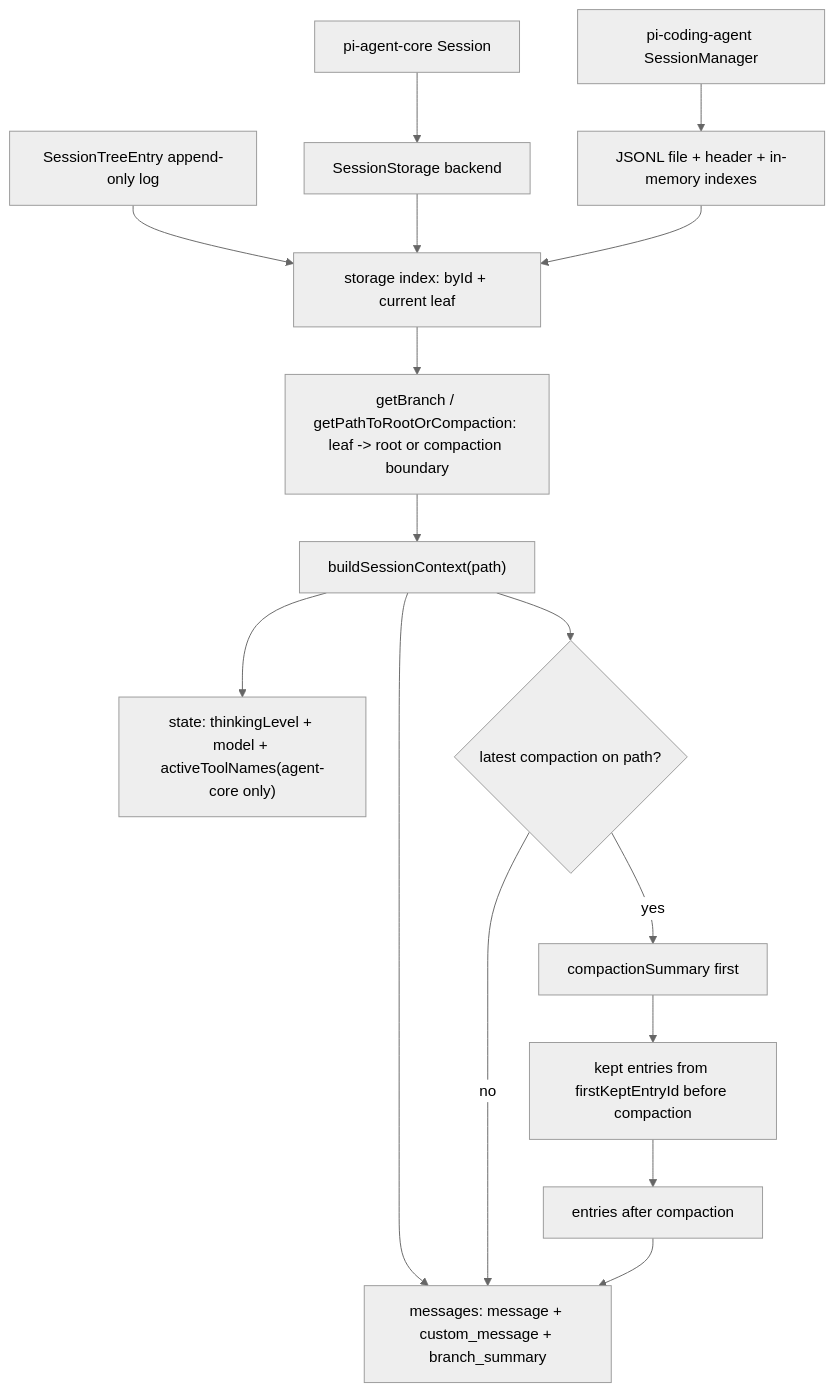
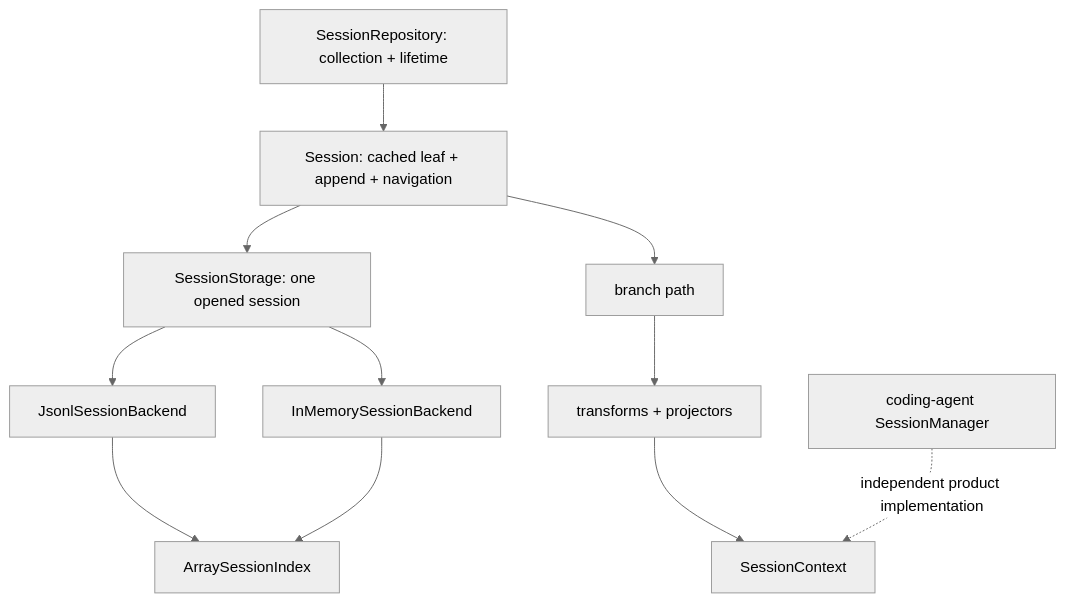
One commit to wdnmdtonyma/SOTA-Agent-LLM-Wiki changed the diagram in docs/llm-wiki/pi/spine/session-state-model.md. Above: the diagram before and after it, drawn with Mermaid (neutral theme). The commit also changed other lines of this file and 212 other files, not shown here.

````diff
--- a/docs/llm-wiki/pi/spine/session-state-model.md
+++ b/docs/llm-wiki/pi/spine/session-state-model.md
@@ -25,18 +45,13 @@
 ```mermaid
 flowchart TD
-  A["SessionTreeEntry append-only log"] --> B["storage index: byId + current leaf"]
-  B --> C["getBranch / getPathToRootOrCompaction: leaf -> root or compaction boundary"]
-  C --> D["buildSessionContext(path)"]
-  D --> E["messages: message + custom_message + branch_summary"]
-  D --> F["state: thinkingLevel + model + activeToolNames(agent-core only)"]
-  D --> G{"latest compaction on path?"}
-  G -- "no" --> E
-  G -- "yes" --> H["compactionSummary first"]
-  H --> I["kept entries from firstKeptEntryId before compaction"]
-  I --> J["entries after compaction"]
-  J --> E
-  K["pi-agent-core Session<TMetadata>"] --> L["SessionStorage backend"]
-  L --> B
-  M["pi-coding-agent SessionManager"] --> N["JSONL file + header + in-memory indexes"]
-  N --> B
+    R["SessionRepository: collection + lifetime"] --> S["Session: cached leaf + append + navigation"]
+    S --> C["SessionStorage: one opened session"]
+    C --> J["JsonlSessionBackend"]
+    C --> M["InMemorySessionBackend"]
+    J --> A["ArraySessionIndex"]
+    M --> A
+    S --> P["branch path"]
+    P --> T["transforms + projectors"]
+    T --> X["SessionContext"]
+    CA["coding-agent SessionManager"] -. "independent product implementation" .-> X
 ```
````
